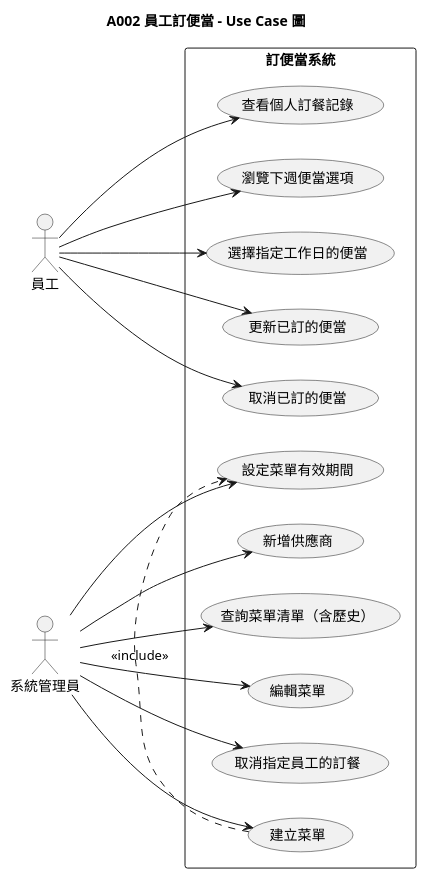
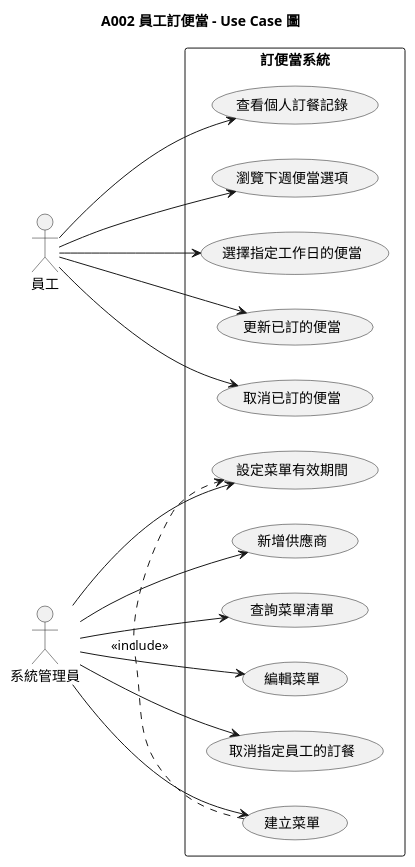
One commit to teyhawzhe/bento-uml changed the diagram in output/A002/A002-usecase.puml. Above: the diagram before and after it, drawn with PlantUML. The commit also changed 4 other files, not shown here.

```diff
--- a/output/A002/A002-usecase.puml
+++ b/output/A002/A002-usecase.puml
@@ -1,38 +1,38 @@
 @startuml A002-usecase
 
 left to right direction
 title A002 員工訂便當 - Use Case 圖
 
 actor 員工
 actor 系統管理員
 
 rectangle 訂便當系統 {
   usecase "瀏覽下週便當選項" as UC1
   usecase "選擇指定工作日的便當" as UC2
   usecase "更新已訂的便當" as UC8
   usecase "取消已訂的便當" as UC3
   usecase "查看個人訂餐記錄" as UC4
   usecase "新增供應商" as UC11
   usecase "建立菜單" as UC5
   usecase "設定菜單有效期間" as UC6
-  usecase "查詢菜單清單（含歷史）" as UC9
+  usecase "查詢菜單清單" as UC9
   usecase "編輯菜單" as UC10
   usecase "取消指定員工的訂餐" as UC7
 }
 
 員工 --> UC1
 員工 --> UC2
 員工 --> UC8
 員工 --> UC3
 員工 --> UC4
 
 系統管理員 --> UC11
 系統管理員 --> UC5
 系統管理員 --> UC6
 系統管理員 --> UC9
 系統管理員 --> UC10
 系統管理員 --> UC7
 
 UC5 .> UC6 : <<include>>
 
 @enduml
```
